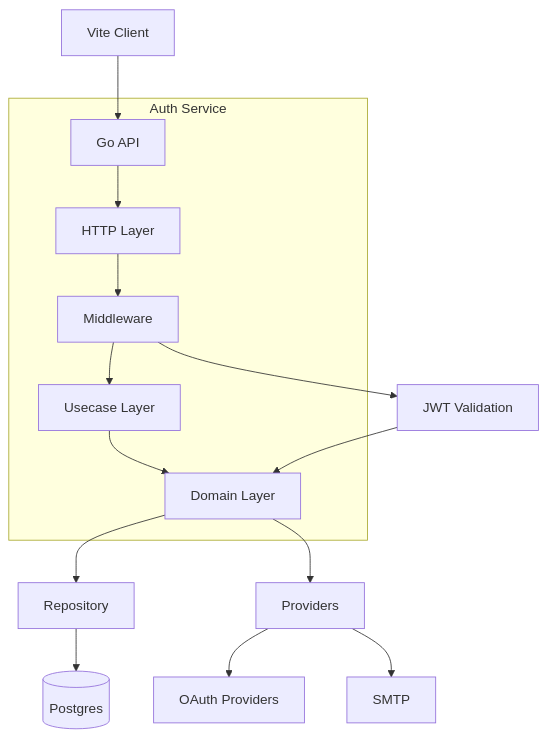
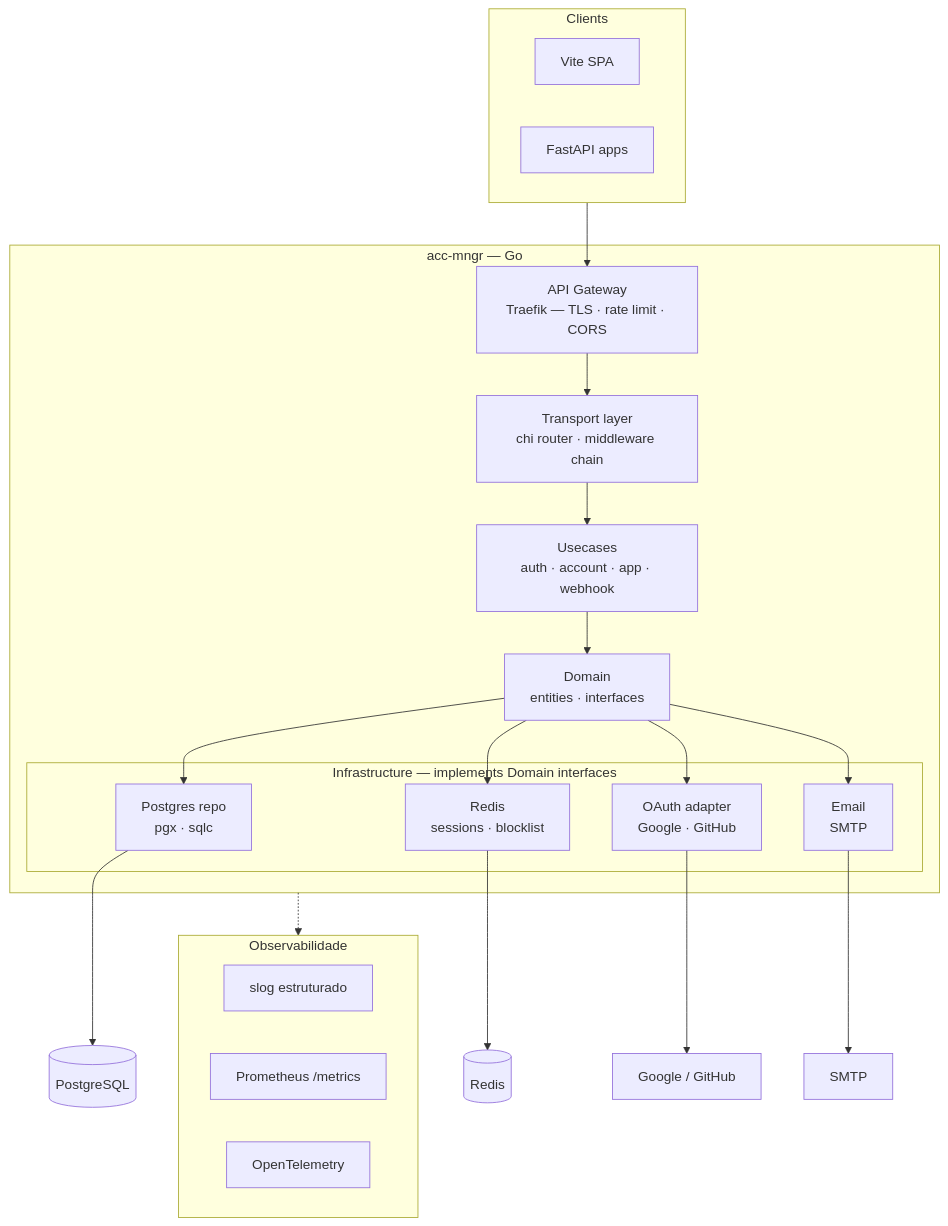
One commit to andersonlimacrv/acc-mngr changed the diagram in README.md. Above: the diagram before and after it, drawn with Mermaid. The commit also changed other lines of this file and 1 other file, not shown here.

Commit message:
docs @ update architecture

`````diff
--- a/README.md
+++ b/README.md
@@ -34,22 +28,41 @@
 ```mermaid
 flowchart TD
 
-Client[Vite Client] --> API[Go API]
+  subgraph Clients [Clients]
+    Vite[Vite SPA]
+    FastAPI[FastAPI apps]
+  end
 
-subgraph Server [Auth Service]
-    API --> HTTP[HTTP Layer]
-    HTTP --> Middleware[Middleware]
-    Middleware --> Usecase[Usecase Layer]
-    Usecase --> Domain[Domain Layer]
-end
+  Clients --> GW[API Gateway\nTraefik — TLS · rate limit · CORS]
 
-Domain --> Repo[Repository]
-Domain --> Provider[Providers]
+  subgraph AccMngr [acc-mngr — Go]
+    GW --> Transport[Transport layer\nchi router · middleware chain]
+    Transport --> UC[Usecases\nauth · account · app · webhook]
+    UC --> Domain[Domain\nentities · interfaces]
 
-Repo --> DB[(Postgres)]
-Provider --> OAuth[OAuth Providers]
-Provider --> Email[SMTP]
+    subgraph Infra [Infrastructure — implements Domain interfaces]
+      PGRepo[Postgres repo\npgx · sqlc]
+      RedisRepo[Redis\nsessions · blocklist]
+      OAuthAdapter[OAuth adapter\nGoogle · GitHub]
+      EmailAdapter[Email\nSMTP]
+    end
 
-Middleware --> JWT[JWT Validation]
-JWT --> Domain
-````
+    Domain --> PGRepo
+    Domain --> RedisRepo
+    Domain --> OAuthAdapter
+    Domain --> EmailAdapter
+  end
+
+  PGRepo --> DB[(PostgreSQL)]
+  RedisRepo --> Cache[(Redis)]
+  OAuthAdapter --> OAuth[Google / GitHub]
+  EmailAdapter --> SMTP[SMTP]
+
+  subgraph Observability [Observabilidade]
+    Logs[slog estruturado]
+    Metrics[Prometheus /metrics]
+    Traces[OpenTelemetry]
+  end
+
+  AccMngr -.-> Observability
+```
`````
